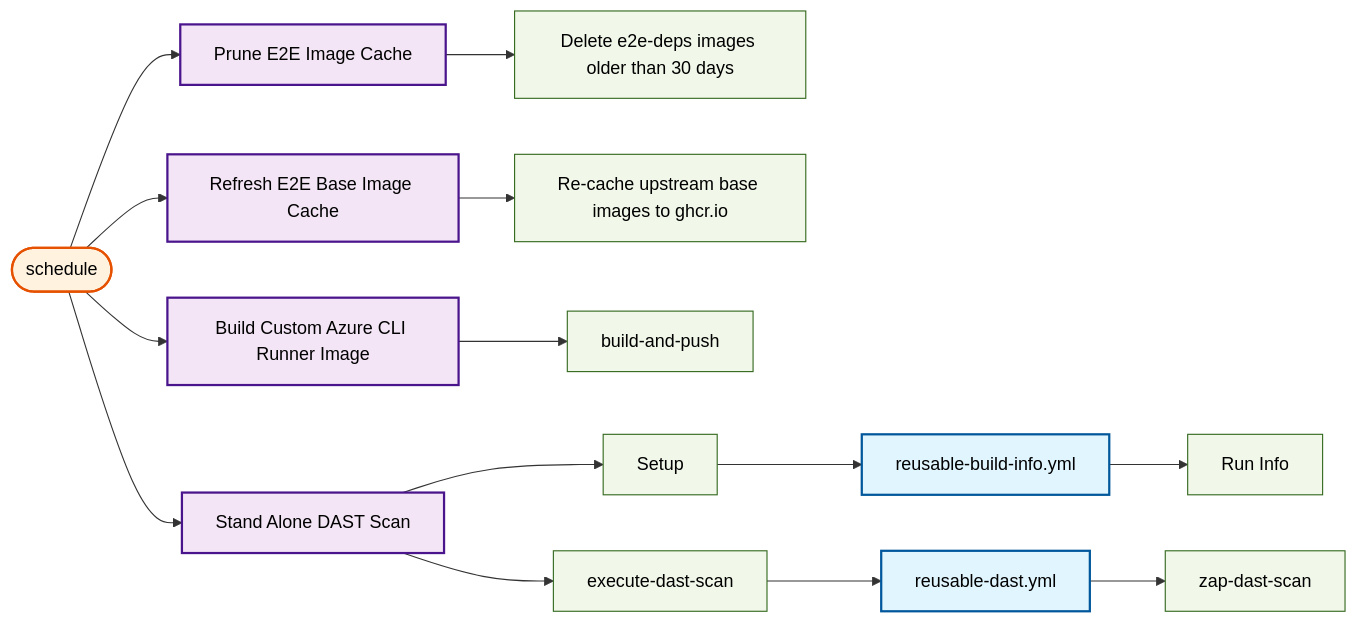
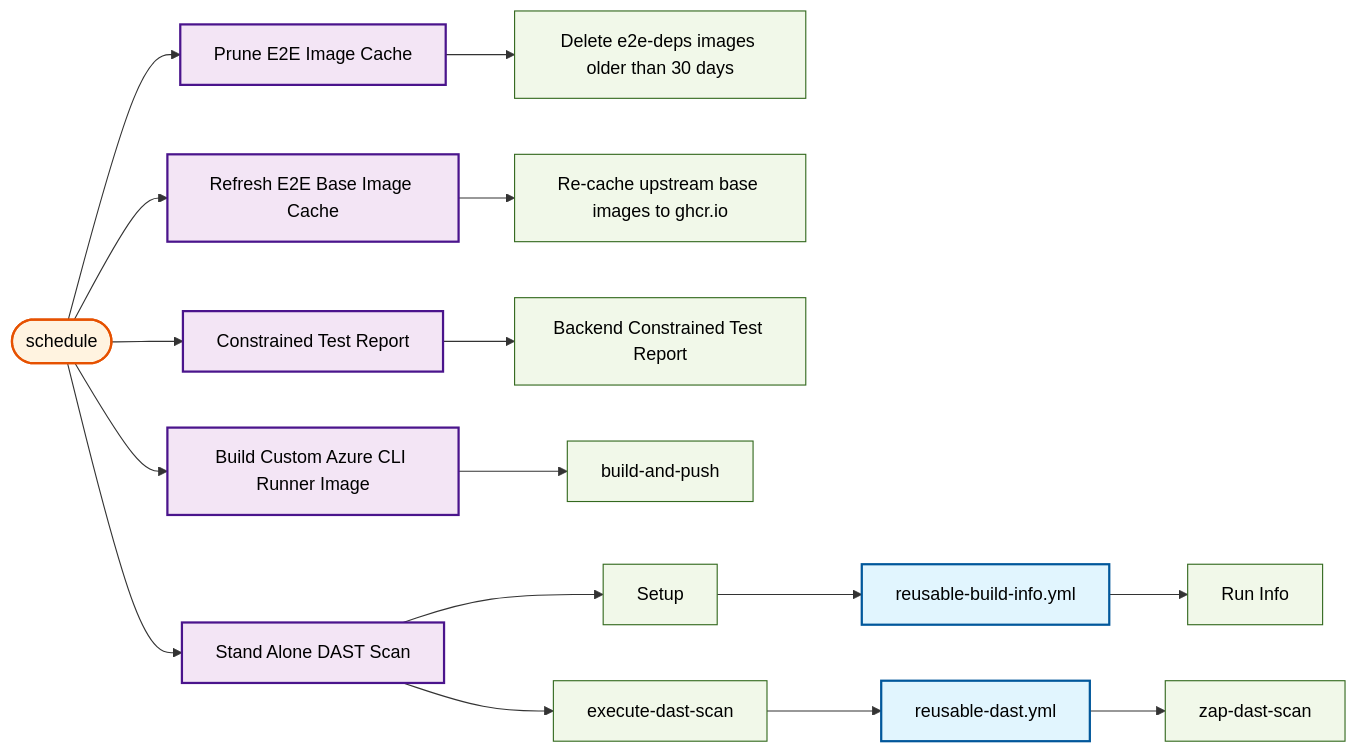
The tenth of 26 diagrams in docs/operations/workflow-diagram.md (US-Trustee-Program/Bankruptcy-Oversight-Support-Systems), drawn with Mermaid before and after one commit. The commit also changed other lines of this file and 1 other file, not shown here.

First line of the commit message:
Add periodic constrained test report workflow

````diff
--- a/docs/operations/workflow-diagram.md
+++ b/docs/operations/workflow-diagram.md
@@ -641,51 +642,57 @@
 ```mermaid
 flowchart LR
     trigger_schedule(["schedule"])
     prune_e2e_image_cache_yml["Prune E2E Image Cache"]
     prune_e2e_image_cache_yml_prune["Delete e2e-deps images older than 30 days"]
     refresh_e2e_base_images_yml["Refresh E2E Base Image Cache"]
     refresh_e2e_base_images_yml_refresh["Re-cache upstream base images to ghcr.io"]
+    constrained_test_report_yml["Constrained Test Report"]
+    constrained_test_report_yml_constrained_test_report["Backend Constrained Test Report"]
     build_azure_cli_image_yml["Build Custom Azure CLI Runner Image"]
     build_azure_cli_image_yml_build_and_push["build-and-push"]
     dast_scan_yml["Stand Alone DAST Scan"]
     dast_scan_yml_setup["Setup"]
     reusable_build_info_yml["reusable-build-info.yml"]
     reusable_build_info_yml_build_info["Run Info"]
     dast_scan_yml_execute_dast_scan["execute-dast-scan"]
     reusable_dast_yml["reusable-dast.yml"]
     reusable_dast_yml_zap_dast_scan["zap-dast-scan"]
 
     trigger_schedule --> prune_e2e_image_cache_yml
     prune_e2e_image_cache_yml --> prune_e2e_image_cache_yml_prune
     trigger_schedule --> refresh_e2e_base_images_yml
     refresh_e2e_base_images_yml --> refresh_e2e_base_images_yml_refresh
+    trigger_schedule --> constrained_test_report_yml
+    constrained_test_report_yml --> constrained_test_report_yml_constrained_test_report
     trigger_schedule --> build_azure_cli_image_yml
     build_azure_cli_image_yml --> build_azure_cli_image_yml_build_and_push
     trigger_schedule --> dast_scan_yml
     dast_scan_yml --> dast_scan_yml_setup
     reusable_build_info_yml --> reusable_build_info_yml_build_info
     dast_scan_yml_setup --> reusable_build_info_yml
     dast_scan_yml --> dast_scan_yml_execute_dast_scan
     reusable_dast_yml --> reusable_dast_yml_zap_dast_scan
     dast_scan_yml_execute_dast_scan --> reusable_dast_yml
 
     classDef reusable fill:#e1f5fe,stroke:#01579b,stroke-width:2px,color:#000000
     classDef mainWorkflow fill:#f3e5f5,stroke:#4a148c,stroke-width:2px,color:#000000
     classDef trigger fill:#fff3e0,stroke:#e65100,stroke-width:2px,color:#000000
     classDef job fill:#f1f8e9,stroke:#33691e,stroke-width:1px,color:#000000
 
     class trigger_schedule trigger
     class prune_e2e_image_cache_yml mainWorkflow
     class prune_e2e_image_cache_yml_prune job
     class refresh_e2e_base_images_yml mainWorkflow
     class refresh_e2e_base_images_yml_refresh job
+    class constrained_test_report_yml mainWorkflow
+    class constrained_test_report_yml_constrained_test_report job
     class build_azure_cli_image_yml mainWorkflow
     class build_azure_cli_image_yml_build_and_push job
     class dast_scan_yml mainWorkflow
     class dast_scan_yml_setup job
     class reusable_build_info_yml reusable
     class reusable_build_info_yml_build_info job
     class dast_scan_yml_execute_dast_scan job
     class reusable_dast_yml reusable
     class reusable_dast_yml_zap_dast_scan job
 ```
````
